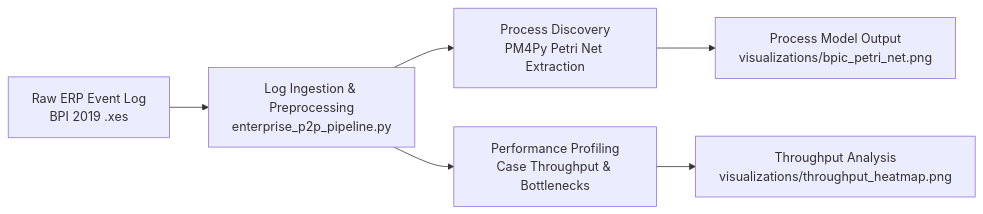
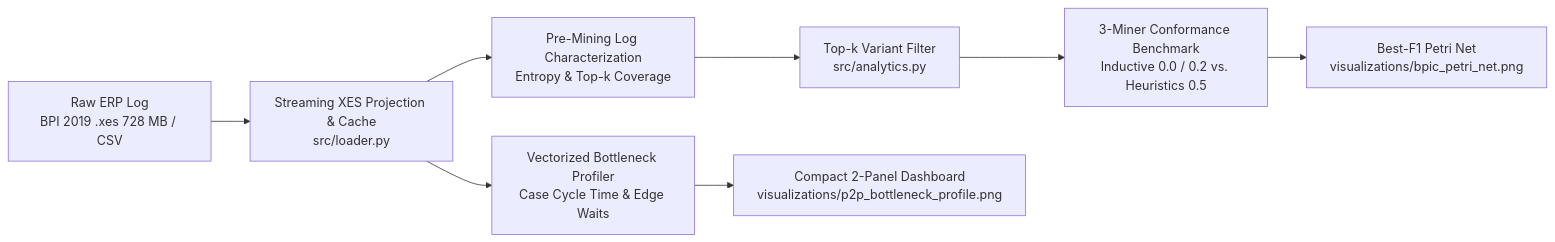
One commit to megzin11/enterprise-process-discovery-pm4py changed the diagram in README.md. Above: the diagram before and after it, drawn with Mermaid. The commit also changed other lines of this file and 10 other files, not shown here.

Commit message:
feat: streaming XES projection, variant entropy analysis, 3-miner TBR benchmark, bottleneck dashboard, and 7 pytest cases

````diff
--- a/README.md
+++ b/README.md
@@ -14,8 +16,10 @@
 ```mermaid
 flowchart LR
-    A[Raw ERP Event Log<br/>BPI 2019 .xes] --> B[Log Ingestion & Preprocessing<br/>enterprise_p2p_pipeline.py]
-    B --> C[Process Discovery<br/>PM4Py Petri Net Extraction]
-    B --> D[Performance Profiling<br/>Case Throughput & Bottlenecks]
-    C --> E[Process Model Output<br/>visualizations/bpic_petri_net.png]
-    D --> F[Throughput Analysis<br/>visualizations/throughput_heatmap.png]
+    A[Raw ERP Log<br/>BPI 2019 .xes 728 MB / CSV] --> B[Streaming XES Projection & Cache<br/>src/loader.py]
+    B --> C[Pre-Mining Log Characterization<br/>Entropy & Top-k Coverage]
+    B --> D[Vectorized Bottleneck Profiler<br/>Case Cycle Time & Edge Waits]
+    C --> E[Top-k Variant Filter<br/>src/analytics.py]
+    E --> F[3-Miner Conformance Benchmark<br/>Inductive 0.0 / 0.2 vs. Heuristics 0.5]
+    F --> G[Best-F1 Petri Net<br/>visualizations/bpic_petri_net.png]
+    D --> H[Compact 2-Panel Dashboard<br/>visualizations/p2p_bottleneck_profile.png]
 ```
````
